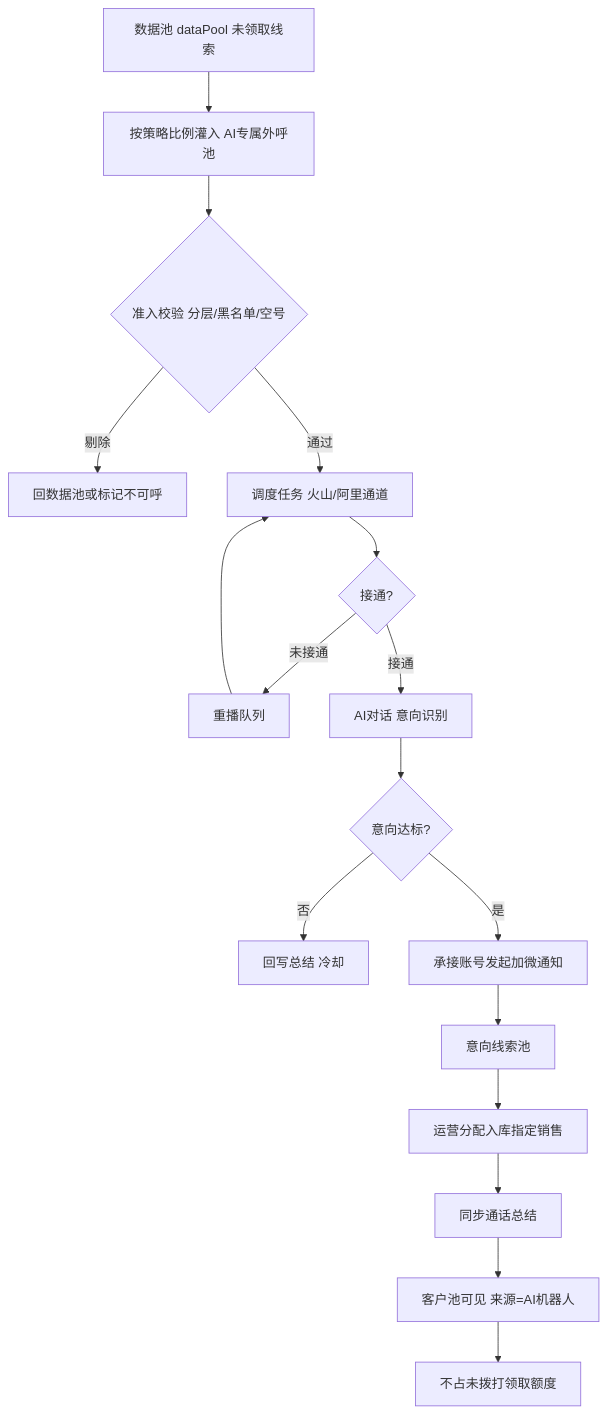
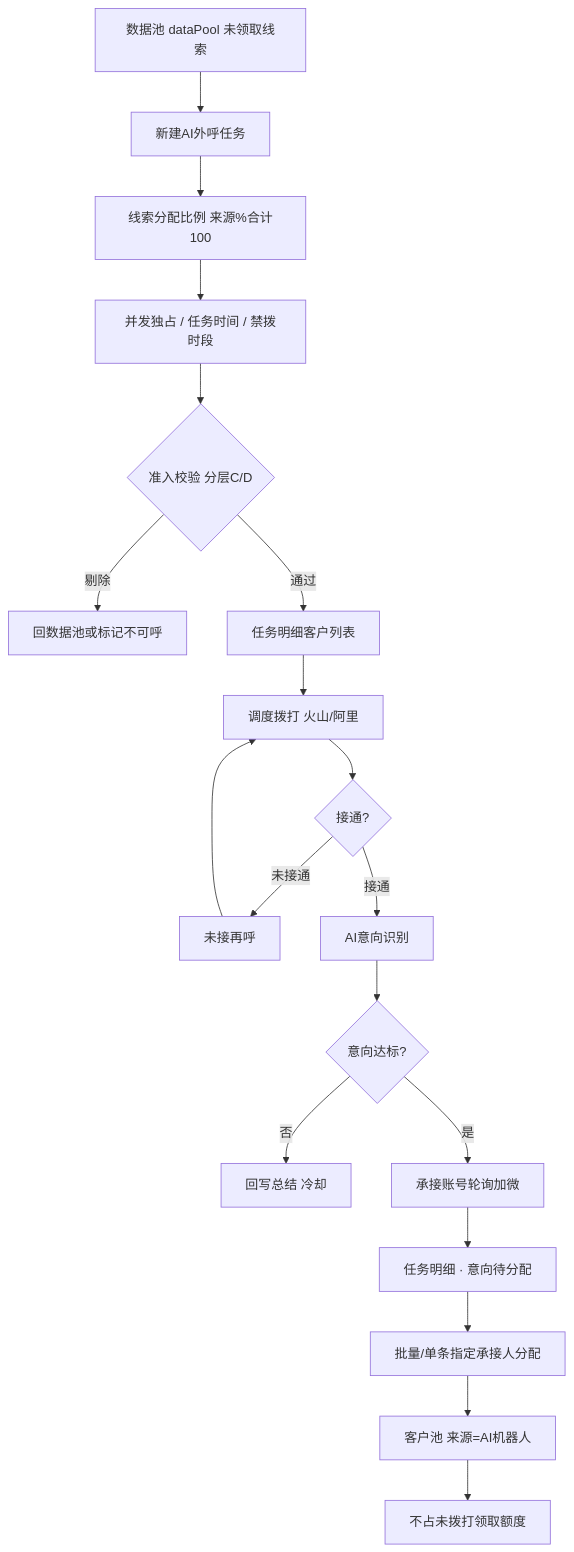
One commit to Leo-ai05/ai-crm-outbound-design changed the first of 2 diagrams in docs/scheme-a-system.md. Above: the diagram before and after it, drawn with Mermaid. The commit also changed other lines of this file and 3 other files, not shown here.

````diff
--- a/docs/scheme-a-system.md
+++ b/docs/scheme-a-system.md
@@ -31,19 +33,21 @@
 ```mermaid
 flowchart TD
-  A[数据池 dataPool 未领取线索] --> B[按策略比例灌入 AI专属外呼池]
-  B --> C{准入校验 分层/黑名单/空号}
+  A[数据池 dataPool 未领取线索] --> B[新建AI外呼任务]
+  B --> B1[线索分配比例 来源%合计100]
+  B1 --> B2[并发独占 / 任务时间 / 禁拨时段]
+  B2 --> C{准入校验 分层C/D}
   C -->|剔除| Z1[回数据池或标记不可呼]
-  C -->|通过| D[调度任务 火山/阿里通道]
-  D --> E{接通?}
-  E -->|未接通| F[重播队列]
-  F --> D
-  E -->|接通| G[AI对话 意向识别]
-  G --> H{意向达标?}
-  H -->|否| I[回写总结 冷却]
-  H -->|是| J[承接账号发起加微通知]
-  J --> K[意向线索池]
-  K --> L[运营分配入库指定销售]
-  L --> M[同步通话总结]
-  M --> N[客户池可见 来源=AI机器人]
+  C -->|通过| D[任务明细客户列表]
+  D --> E[调度拨打 火山/阿里]
+  E --> F{接通?}
+  F -->|未接通| G[未接再呼]
+  G --> E
+  F -->|接通| H[AI意向识别]
+  H --> I{意向达标?}
+  I -->|否| J[回写总结 冷却]
+  I -->|是| K[承接账号轮询加微]
+  K --> L[任务明细 · 意向待分配]
+  L --> M[批量/单条指定承接人分配]
+  M --> N[客户池 来源=AI机器人]
   N --> O[不占未拨打领取额度]
 ```
````
